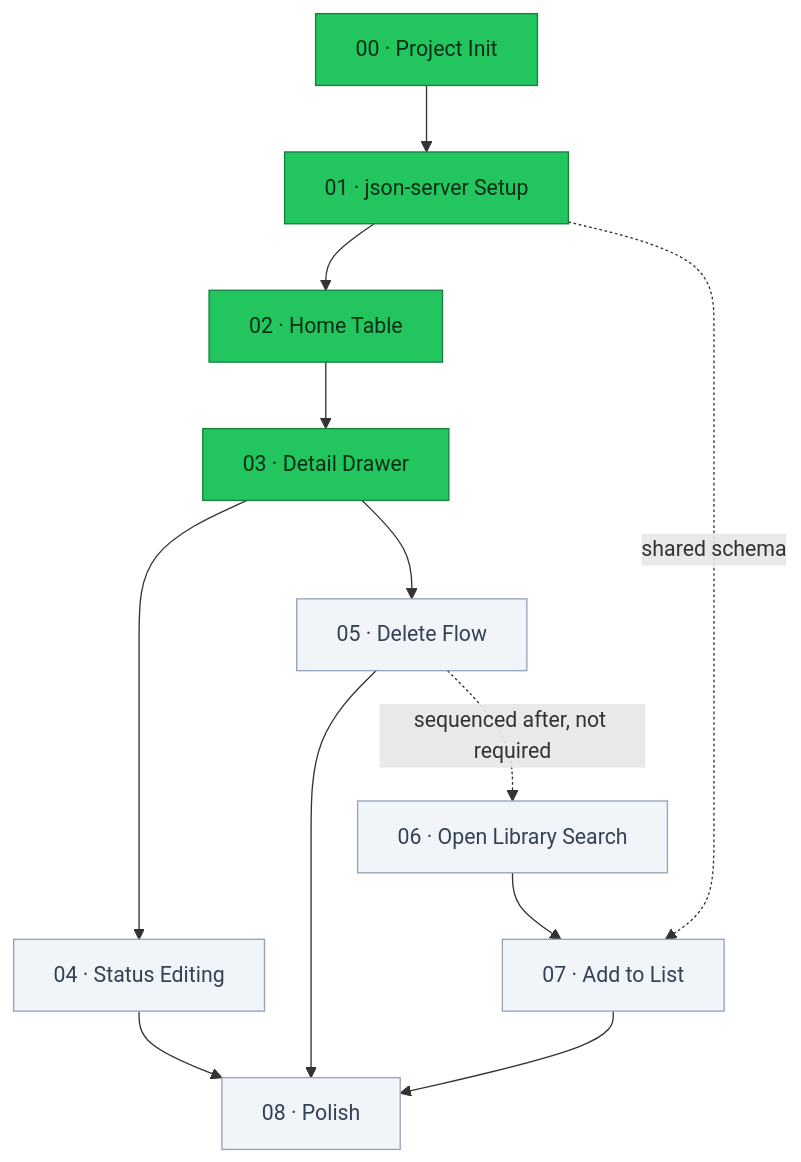
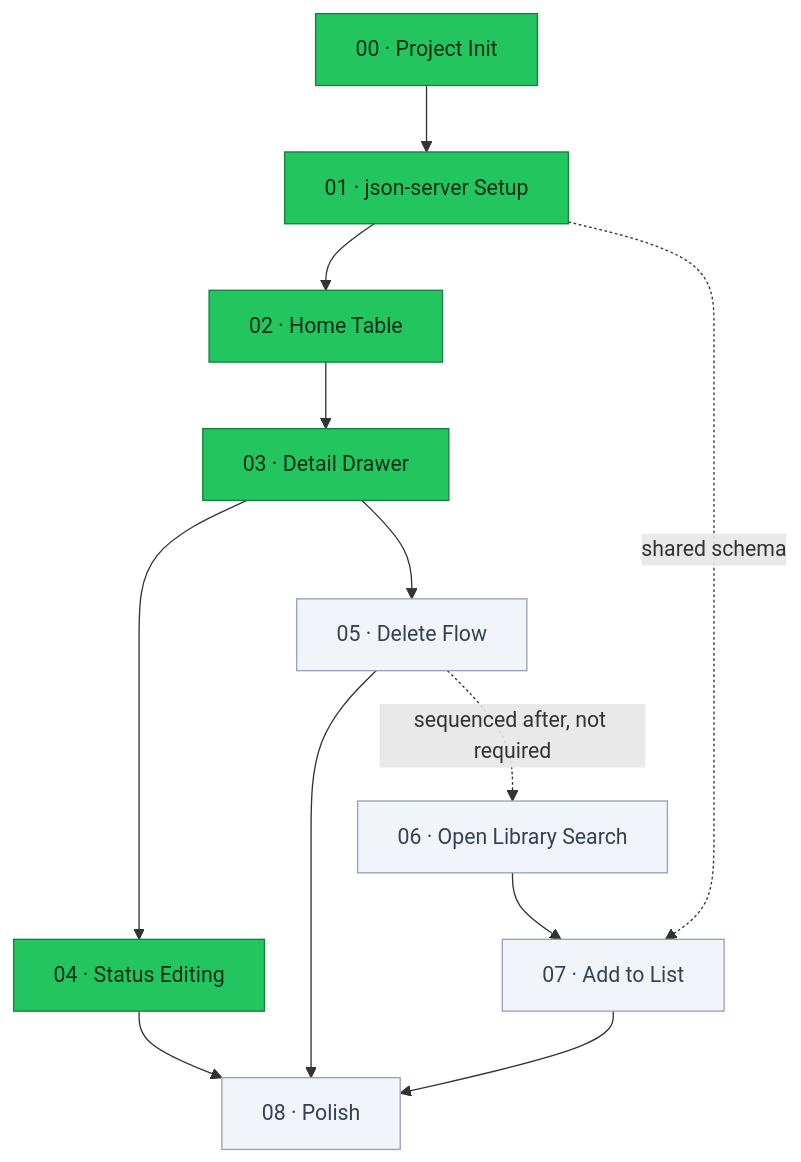
The first of 3 diagrams in README.md (raki-rankawat/next-reading-list-app), drawn with Mermaid before and after one commit. The commit also changed other lines of this file and 1 other file, not shown here.

````diff
--- a/README.md
+++ b/README.md
@@ -27,19 +27,19 @@
 ```mermaid
 flowchart TD
     F00["00 · Project Init"] --> F01["01 · json-server Setup"]
     F01 --> F02["02 · Home Table"]
     F02 --> F03["03 · Detail Drawer"]
     F03 --> F04["04 · Status Editing"]
     F03 --> F05["05 · Delete Flow"]
     F05 -.->|"sequenced after, not required"| F06["06 · Open Library Search"]
     F06 --> F07["07 · Add to List"]
     F01 -.->|"shared schema"| F07
     F04 --> F08["08 · Polish"]
     F05 --> F08
     F07 --> F08
 
     classDef done fill:#22c55e,stroke:#15803d,color:#052e16
     classDef todo fill:#f1f5f9,stroke:#94a3b8,color:#334155
-    class F00,F01,F02,F03 done
-    class F04,F05,F06,F07,F08 todo
+    class F00,F01,F02,F03,F04 done
+    class F05,F06,F07,F08 todo
 ```
````
